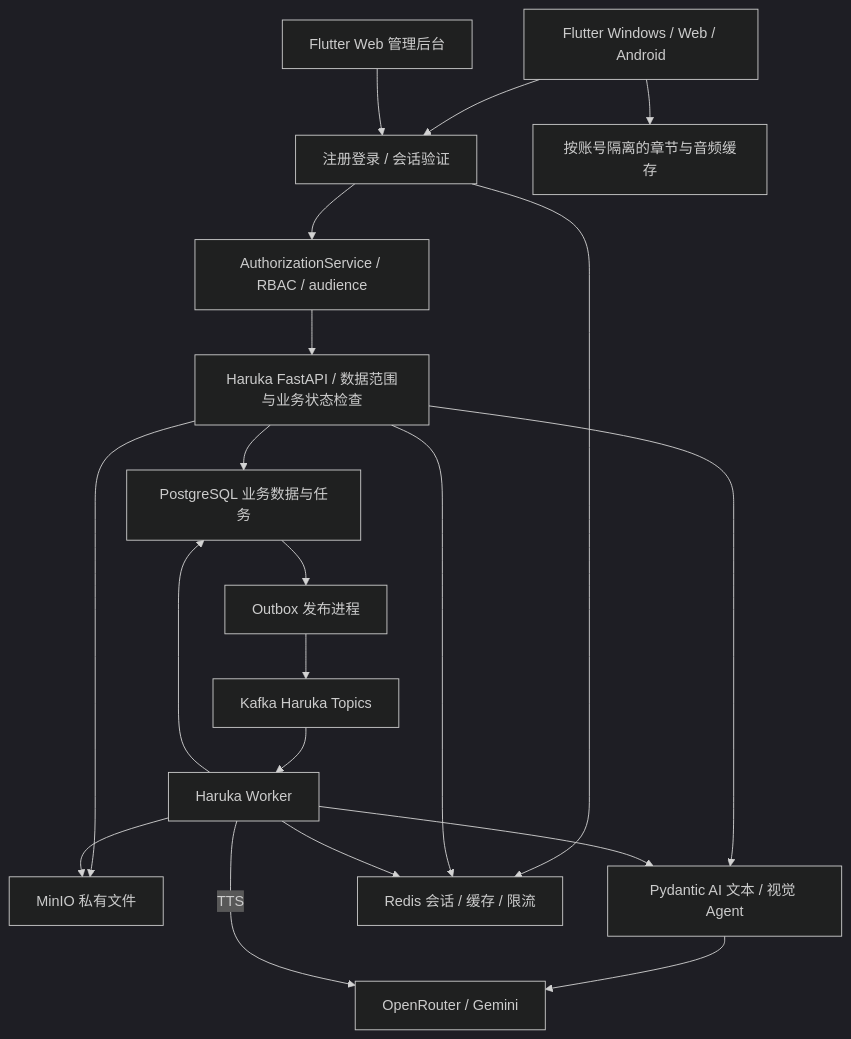
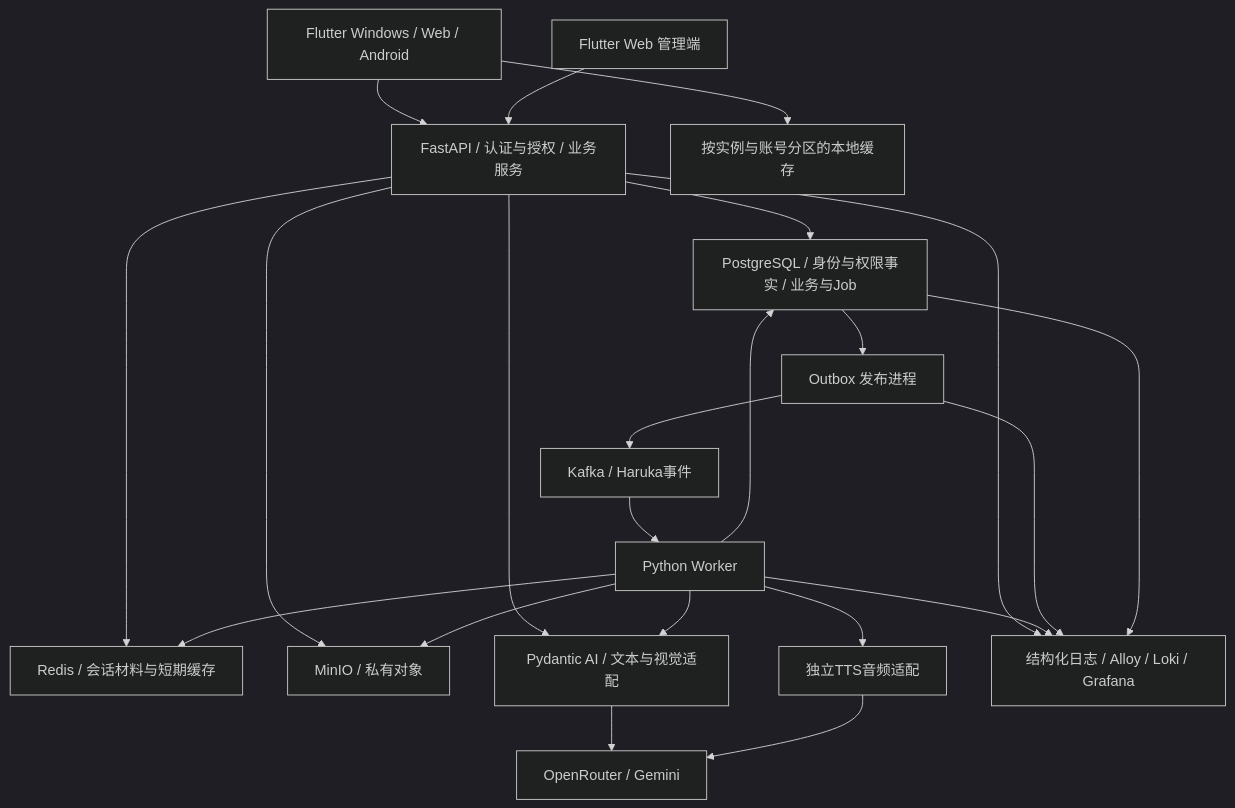
Before and after one commit to cagayakeKON/haruka_dic: the diagram in docs/architecture/overview.md, drawn with Mermaid (dark theme). The commit also changed other lines of this file and 25 other files, not shown here.

```diff
--- a/docs/architecture/overview.md
+++ b/docs/architecture/overview.md
@@ -42,22 +15,24 @@
 ~~~mermaid
 flowchart TD
-    F[Flutter Windows / Web / Android] --> AUTH[注册登录 / 会话验证]
-    ADMIN[Flutter Web 管理后台] --> AUTH
-    AUTH --> AUTHZ[AuthorizationService / RBAC / audience]
-    AUTHZ --> API[Haruka FastAPI / 数据范围与业务状态检查]
-    F --> CACHE[按账号隔离的章节与音频缓存]
-    API --> DB[PostgreSQL 业务数据与任务]
-    API --> OBJ[MinIO 私有文件]
-    API --> AGENT[Pydantic AI 文本 / 视觉 Agent]
-    AGENT --> MODEL[OpenRouter / Gemini]
-    DB --> OUTBOX[Outbox 发布进程]
-    OUTBOX --> KAFKA[Kafka Haruka Topics]
-    KAFKA --> WORKER[Haruka Worker]
-    WORKER --> DB
-    WORKER --> OBJ
-    WORKER --> AGENT
-    WORKER -->|TTS| MODEL
-    AUTH --> REDIS[Redis 会话 / 缓存 / 限流]
-    API --> REDIS
+    CLIENT[Flutter Windows / Web / Android] --> API[FastAPI / 认证与授权 / 业务服务]
+    ADMIN[Flutter Web 管理端] --> API
+    CLIENT --> CACHE[按实例与账号分区的本地缓存]
+    API --> PG[PostgreSQL / 身份与权限事实 / 业务与Job]
+    API --> REDIS[Redis / 会话材料与短期缓存]
+    API --> OBJECT[MinIO / 私有对象]
+    API --> AI[Pydantic AI / 文本与视觉适配]
+    PG --> OUTBOX[Outbox 发布进程]
+    OUTBOX --> KAFKA[Kafka / Haruka事件]
+    KAFKA --> WORKER[Python Worker]
+    WORKER --> PG
     WORKER --> REDIS
+    WORKER --> OBJECT
+    WORKER --> AI
+    WORKER --> TTS[独立TTS音频适配]
+    AI --> PROVIDER[OpenRouter / Gemini]
+    TTS --> PROVIDER
+    API --> LOG[结构化日志 / Alloy / Loki / Grafana]
+    WORKER --> LOG
+    OUTBOX --> LOG
+    PG --> LOG
 ~~~
```
